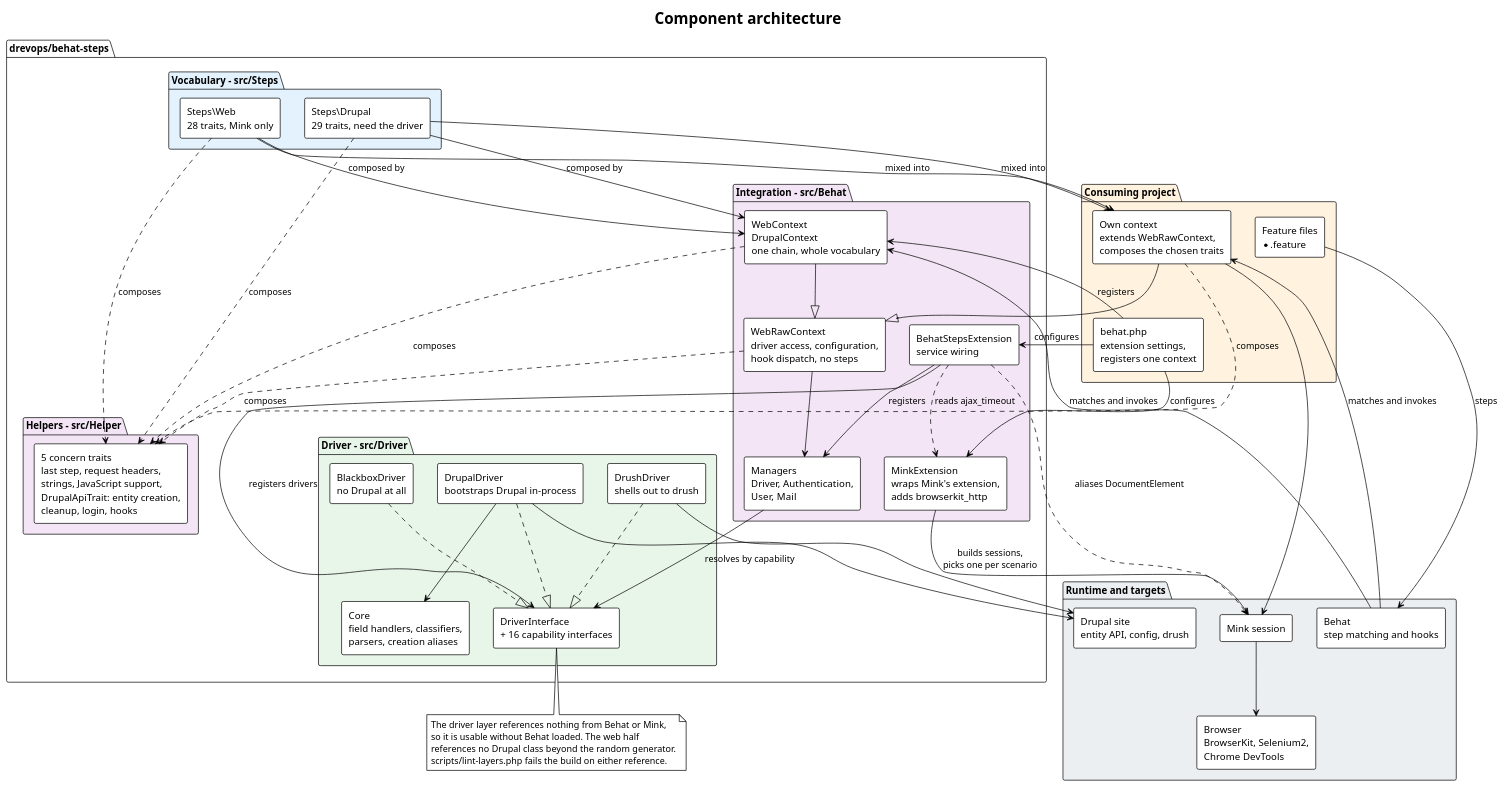
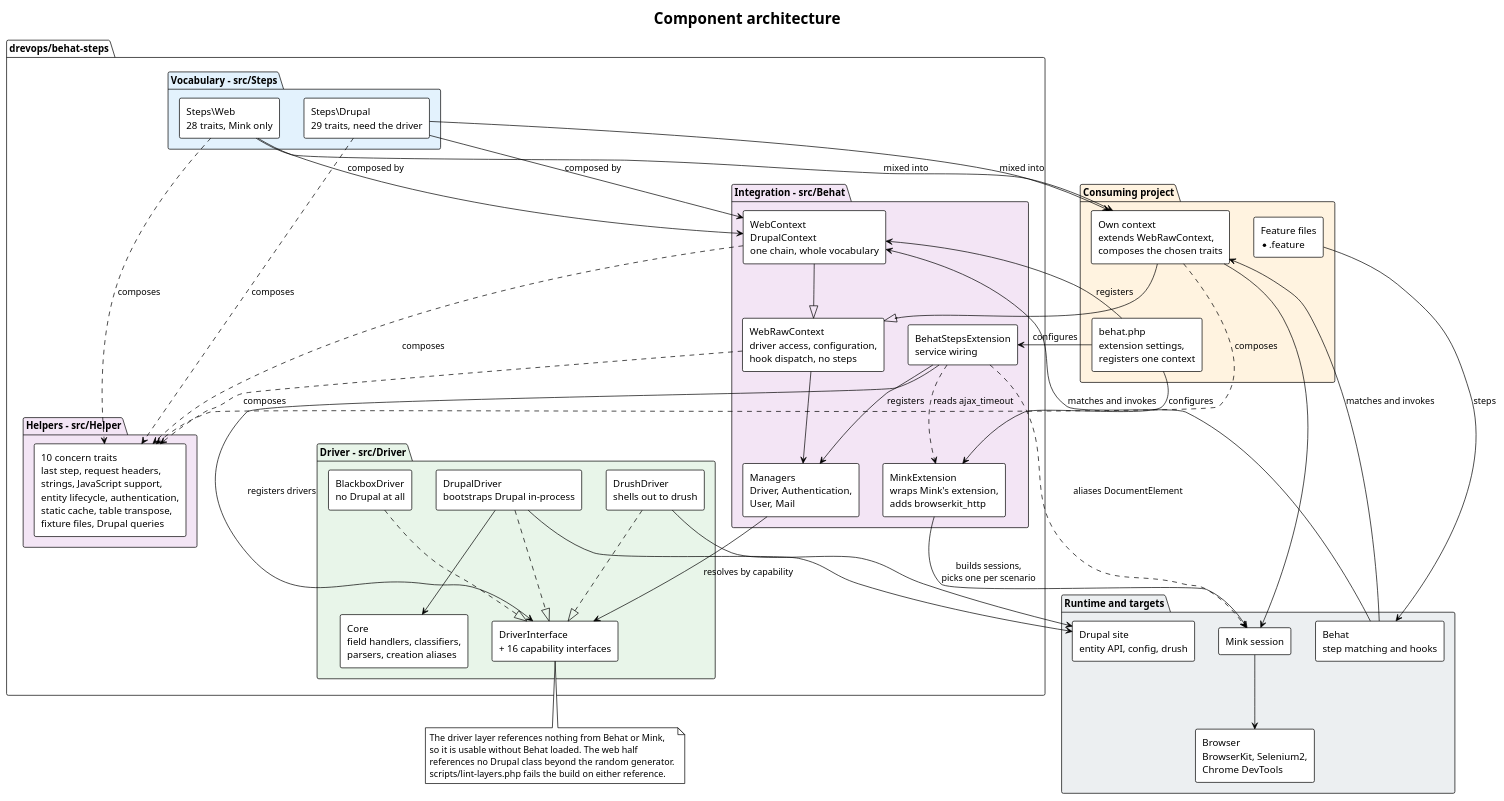
The diagram in docs/architecture/architecture.puml (drevops/behat-steps), drawn with PlantUML before and after one commit. The commit also changed 70 other files, not shown here.

```diff
--- a/docs/architecture/architecture.puml
+++ b/docs/architecture/architecture.puml
@@ -1,102 +1,102 @@
 @startuml
 ' drevops/behat-steps - layered component architecture.
 ' Traced from composer.json, src/Steps/, src/Helper/, src/Behat/, src/Driver/,
 ' behat.php, scripts/lint-layers.php.
 ' Regenerate every SVG with:  plantuml -tsvg docs/architecture/*.puml
 !theme plain
 skinparam backgroundColor white
 skinparam defaultFontName Helvetica
 skinparam shadowing false
 skinparam componentStyle rectangle
 title Component architecture
 
 package "Consuming project" #FFF3E0 {
   component "Feature files\n*.feature" as Features
   component "behat.php\nextension settings,\nregisters one context" as Config
   component "Own context\nextends WebRawContext,\ncomposes the chosen traits" as Consumer
 }
 
 package "drevops/behat-steps" {
 
   package "Vocabulary - src/Steps" #E3F2FD {
     component "Steps\\Web\n28 traits, Mink only" as WebSteps
     component "Steps\\Drupal\n29 traits, need the driver" as DrupalSteps
   }
 
   package "Helpers - src/Helper" #F3E5F5 {
-    component "5 concern traits\nlast step, request headers,\nstrings, JavaScript support,\nDrupalApiTrait: entity creation,\ncleanup, login, hooks" as Helpers
+    component "10 concern traits\nlast step, request headers,\nstrings, JavaScript support,\nentity lifecycle, authentication,\nstatic cache, table transpose,\nfixture files, Drupal queries" as Helpers
   }
 
   package "Integration - src/Behat" #F3E5F5 {
     component "BehatStepsExtension\nservice wiring" as Ext
     component "WebRawContext\ndriver access, configuration,\nhook dispatch, no steps" as WebRawCtx
     component "WebContext\nDrupalContext\none chain, whole vocabulary" as Vocabularies
     component "Managers\nDriver, Authentication,\nUser, Mail" as Managers
     component "MinkExtension\nwraps Mink's extension,\nadds browserkit_http" as MinkExt
   }
 
   package "Driver - src/Driver" #E8F5E9 {
     component "DriverInterface\n+ 16 capability interfaces" as DriverIface
     component "DrupalDriver\nbootstraps Drupal in-process" as DrupalDrv
     component "DrushDriver\nshells out to drush" as DrushDrv
     component "BlackboxDriver\nno Drupal at all" as BlackboxDrv
     component "Core\nfield handlers, classifiers,\nparsers, creation aliases" as Core
   }
 }
 
 package "Runtime and targets" #ECEFF1 {
   component "Behat\nstep matching and hooks" as Behat
   component "Mink session" as Mink
   component "Browser\nBrowserKit, Selenium2,\nChrome DevTools" as Browser
   component "Drupal site\nentity API, config, drush" as Site
 }
 
 Features --> Behat : steps
 Config --> Ext : configures
 Config --> MinkExt : configures
 Config --> Vocabularies : registers
 Behat --> Consumer : matches and invokes
 Behat --> Vocabularies : matches and invokes
 
 WebSteps --> Vocabularies : composed by
 DrupalSteps --> Vocabularies : composed by
 WebSteps --> Consumer : mixed into
 DrupalSteps --> Consumer : mixed into
 WebSteps ..> Helpers : composes
 DrupalSteps ..> Helpers : composes
 WebRawCtx ..> Helpers : composes
 Vocabularies ..> Helpers : composes
 Consumer ..> Helpers : composes
 
 Consumer --|> WebRawCtx
 Vocabularies --|> WebRawCtx
 Ext --> Managers : registers
 Ext --> DriverIface : registers drivers
 Ext ..> MinkExt : reads ajax_timeout
 Ext ..> Mink : aliases DocumentElement
 WebRawCtx --> Managers
 
 Managers --> DriverIface : resolves by capability
 DrupalDrv ..|> DriverIface
 DrushDrv ..|> DriverIface
 BlackboxDrv ..|> DriverIface
 DrupalDrv --> Core
 
 MinkExt --> Mink : builds sessions,\npicks one per scenario
 Consumer --> Mink
 Mink --> Browser
 DrupalDrv --> Site
 DrushDrv --> Site
 
 note bottom of DriverIface
   The driver layer references nothing from Behat or Mink,
   so it is usable without Behat loaded. The web half
   references no Drupal class beyond the random generator.
   scripts/lint-layers.php fails the build on either reference.
 end note
 
 Features -[hidden]down- Config
 WebSteps -[hidden]right- DrupalSteps
 DrupalDrv -[hidden]right- DrushDrv
 DrushDrv -[hidden]right- BlackboxDrv
 @enduml
```
